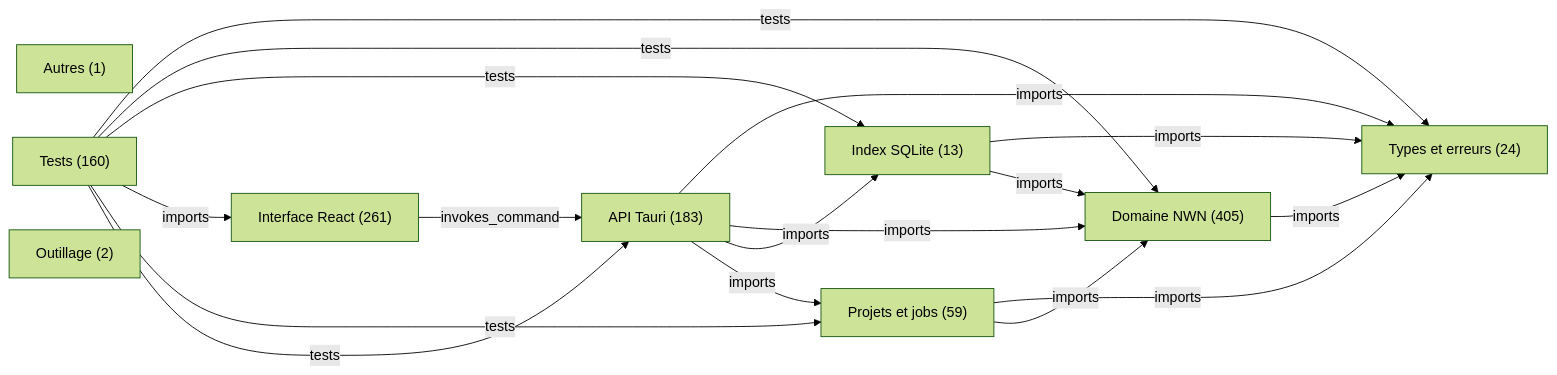
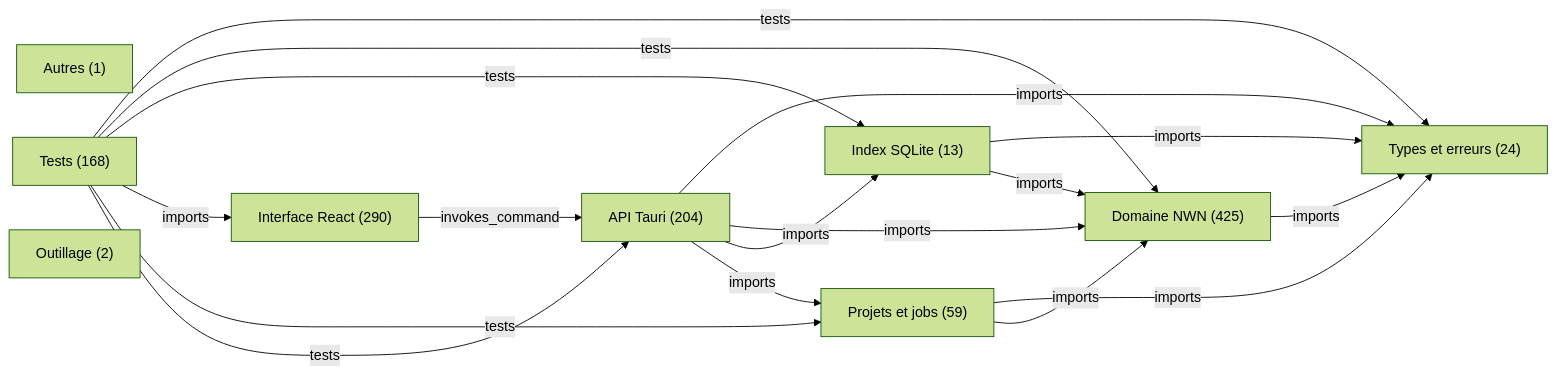
Before and after one commit to Karenax/OpenNever_Forge: the diagram in docs/architecture/overview.mmd, drawn with Mermaid (forest theme). The commit also changed 31 other files, not shown here.

```diff
--- a/docs/architecture/overview.mmd
+++ b/docs/architecture/overview.mmd
@@ -1,26 +1,26 @@
 flowchart LR
   layer_0["Types et erreurs (24)"]
-  layer_1["Domaine NWN (405)"]
+  layer_1["Domaine NWN (425)"]
   layer_2["Index SQLite (13)"]
-  layer_3["Interface React (261)"]
+  layer_3["Interface React (290)"]
   layer_4["Autres (1)"]
   layer_5["Projets et jobs (59)"]
-  layer_6["API Tauri (183)"]
-  layer_7["Tests (160)"]
+  layer_6["API Tauri (204)"]
+  layer_7["Tests (168)"]
   layer_8["Outillage (2)"]
   layer_1 -->|"imports"| layer_0
   layer_2 -->|"imports"| layer_0
   layer_2 -->|"imports"| layer_1
   layer_3 -->|"invokes_command"| layer_6
   layer_5 -->|"imports"| layer_0
   layer_5 -->|"imports"| layer_1
   layer_6 -->|"imports"| layer_0
   layer_6 -->|"imports"| layer_1
   layer_6 -->|"imports"| layer_2
   layer_6 -->|"imports"| layer_5
   layer_7 -->|"tests"| layer_0
   layer_7 -->|"tests"| layer_1
   layer_7 -->|"tests"| layer_2
   layer_7 -->|"imports"| layer_3
   layer_7 -->|"tests"| layer_5
   layer_7 -->|"tests"| layer_6
```
